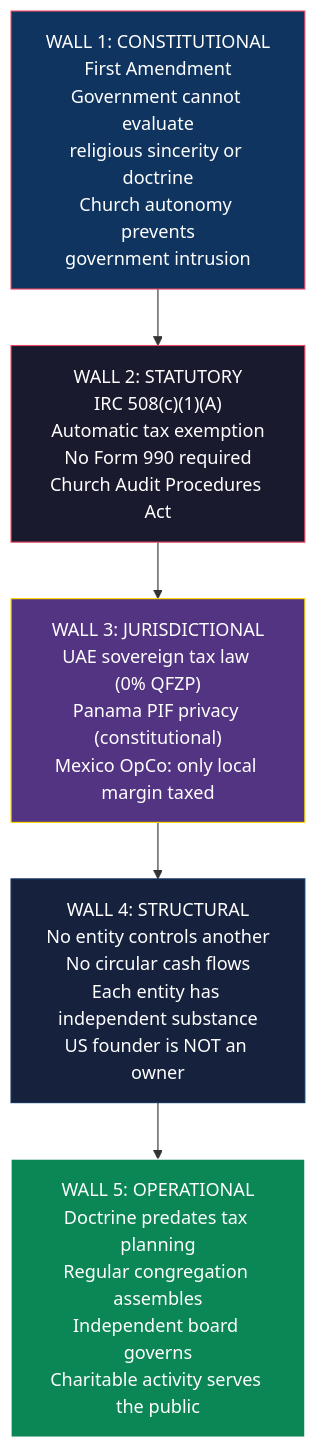
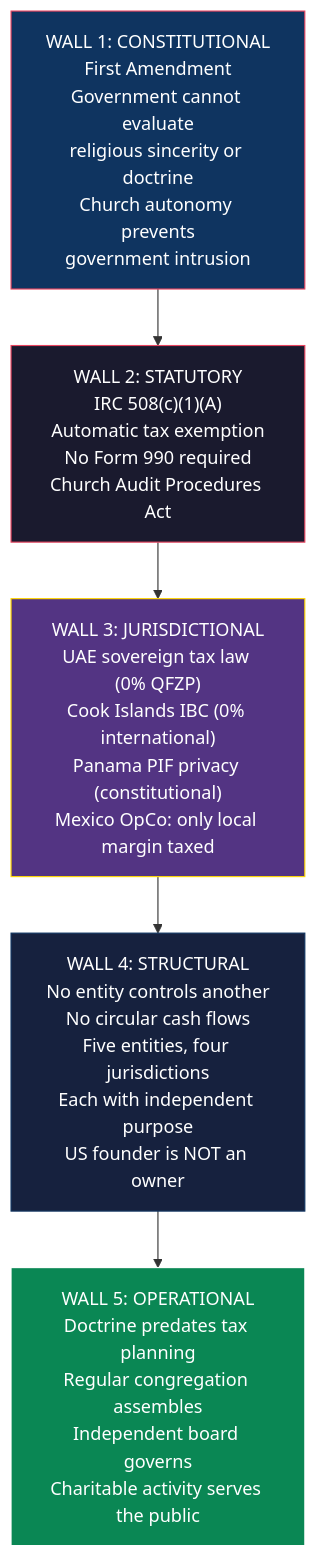
The diagram in docs/tax-structure/02-LEGAL-DEFENSE.md (Light-Brands/epic-center), drawn with Mermaid before and after one commit. The commit also changed other lines of this file and 7 other files, not shown here.

First line of the commit message:
Integrate Light Brands AI (Cook Islands IBC) into tax structure docs

````diff
--- a/docs/tax-structure/02-LEGAL-DEFENSE.md
+++ b/docs/tax-structure/02-LEGAL-DEFENSE.md
@@ -18,20 +18,20 @@
 ```mermaid
 graph TB
     W1["WALL 1: CONSTITUTIONAL<br/>First Amendment<br/>Government cannot evaluate<br/>religious sincerity or doctrine<br/>Church autonomy prevents<br/>government intrusion"]
 
     W2["WALL 2: STATUTORY<br/>IRC 508(c)(1)(A)<br/>Automatic tax exemption<br/>No Form 990 required<br/>Church Audit Procedures Act"]
 
-    W3["WALL 3: JURISDICTIONAL<br/>UAE sovereign tax law (0% QFZP)<br/>Panama PIF privacy (constitutional)<br/>Mexico OpCo: only local margin taxed"]
+    W3["WALL 3: JURISDICTIONAL<br/>UAE sovereign tax law (0% QFZP)<br/>Cook Islands IBC (0% international)<br/>Panama PIF privacy (constitutional)<br/>Mexico OpCo: only local margin taxed"]
 
-    W4["WALL 4: STRUCTURAL<br/>No entity controls another<br/>No circular cash flows<br/>Each entity has independent substance<br/>US founder is NOT an owner"]
+    W4["WALL 4: STRUCTURAL<br/>No entity controls another<br/>No circular cash flows<br/>Five entities, four jurisdictions<br/>Each with independent purpose<br/>US founder is NOT an owner"]
 
     W5["WALL 5: OPERATIONAL<br/>Doctrine predates tax planning<br/>Regular congregation assembles<br/>Independent board governs<br/>Charitable activity serves the public"]
 
     W1 --> W2 --> W3 --> W4 --> W5
 
     style W1 fill:#0f3460,stroke:#e94560,color:#fff
     style W2 fill:#1a1a2e,stroke:#e94560,color:#fff
     style W3 fill:#533483,stroke:#ffd700,color:#fff
     style W4 fill:#16213e,stroke:#0f3460,color:#fff
     style W5 fill:#0a8754,stroke:#fff,color:#fff
 ```
````
